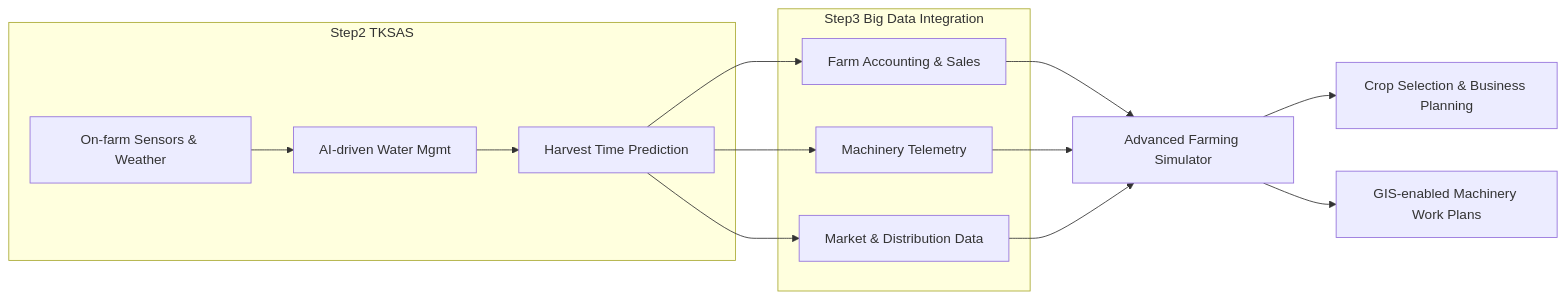
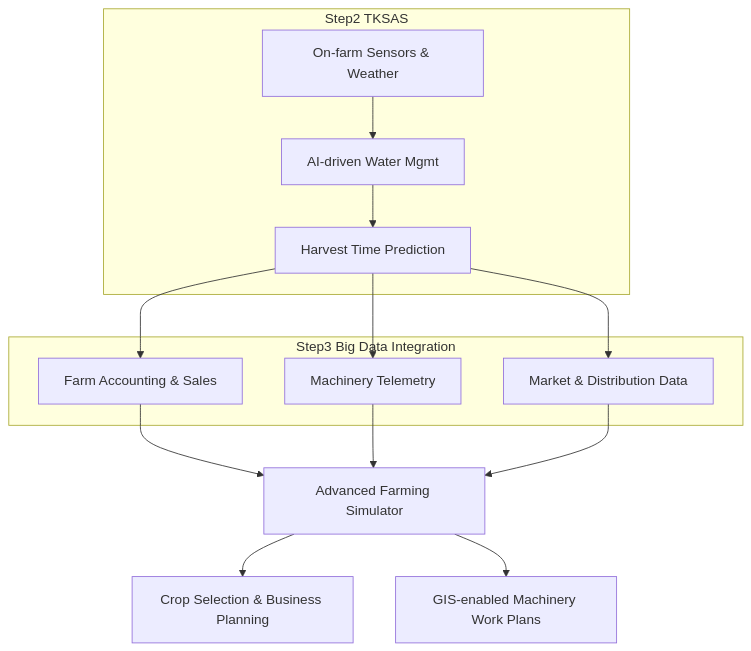
Diagram 15 of 15 in presentations/lecture_11.qmd (00113844/AGRI4401_website), drawn with Mermaid before and after one commit. The commit also changed other lines of this file and 7 other files, not shown here.

````diff
--- a/presentations/lecture_11.qmd
+++ b/presentations/lecture_11.qmd
@@ -930,20 +908,20 @@
 ```{mermaid}
-graph LR
+graph TD
     subgraph Step2 TKSAS
         A[On-farm Sensors & Weather] --> B[AI-driven Water Mgmt]
         B --> C[Harvest Time Prediction]
     end
     subgraph Step3 Big Data Integration
         D[Farm Accounting & Sales]
         E[Machinery Telemetry]
         F[Market & Distribution Data]
     end
     C --> D
     C --> E
     C --> F
     D --> G[Advanced Farming Simulator]
     E --> G
     F --> G
     G --> H[Crop Selection & Business Planning]
     G --> I[GIS-enabled Machinery Work Plans]
 ```
````
